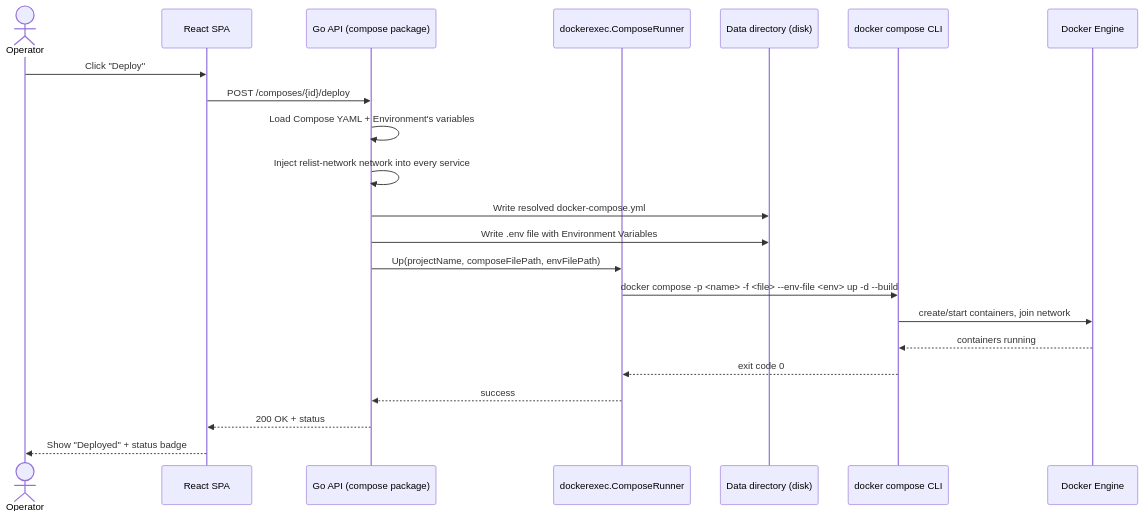
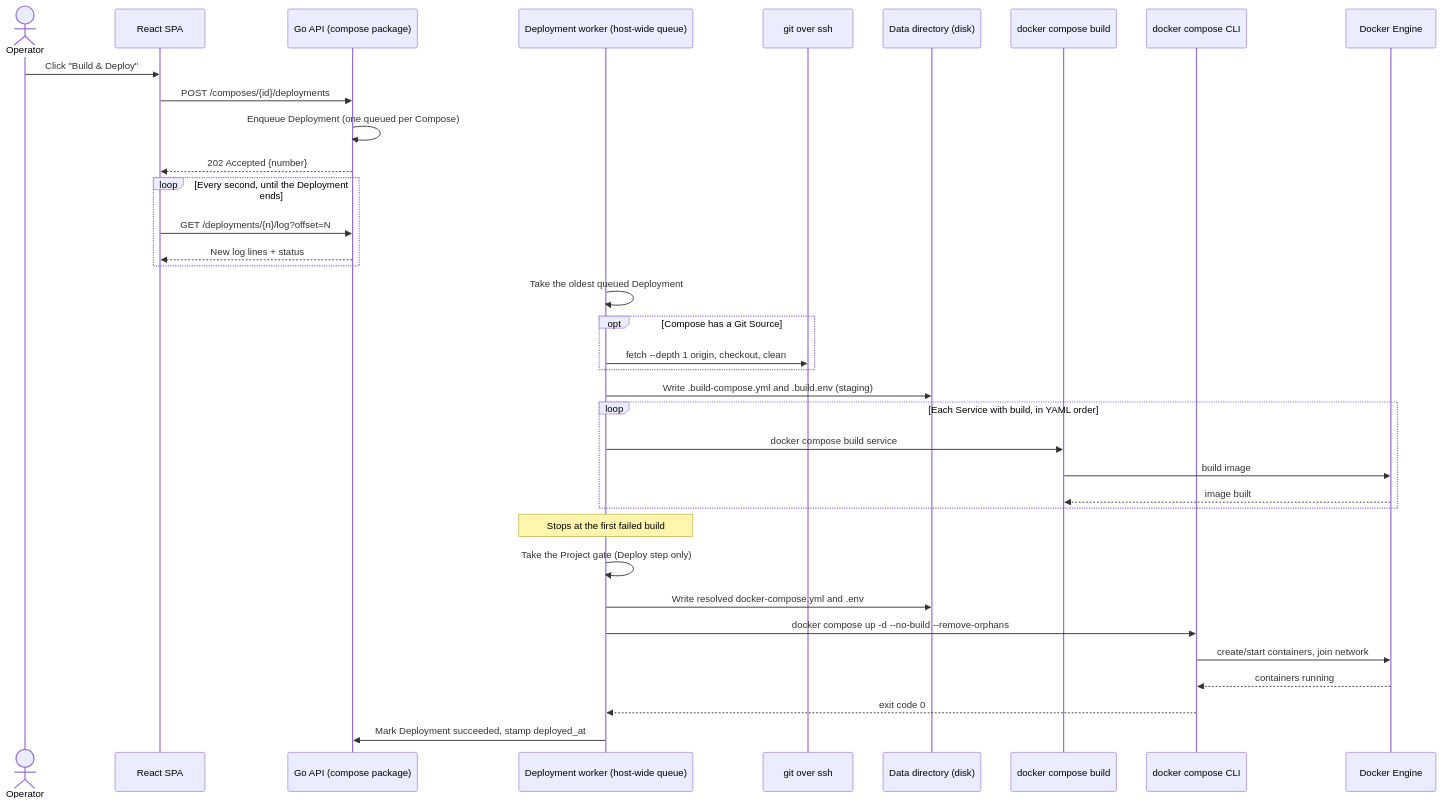
The sixth of 6 diagrams in docs/sa.md (relist/relist-panel), drawn with Mermaid before and after one commit. The commit also changed other lines of this file and 1 other file, not shown here.

Commit message:
docs: document sources and the deployment queue

````diff
--- a/docs/sa.md
+++ b/docs/sa.md
@@ -184,25 +186,39 @@
 ```mermaid
 sequenceDiagram
     actor Op as Operator
     participant UI as React SPA
     participant API as Go API (compose package)
-    participant Runner as dockerexec.ComposeRunner
+    participant Worker as Deployment worker (host-wide queue)
+    participant Git as git over ssh
     participant FS as Data directory (disk)
+    participant Build as docker compose build
     participant CLI as docker compose CLI
     participant DE as Docker Engine
 
-    Op->>UI: Click "Deploy"
-    UI->>API: POST /composes/{id}/deploy
-    API->>API: Load Compose YAML + Environment's variables
-    API->>API: Inject relist-network network into every service
-    API->>FS: Write resolved docker-compose.yml
-    API->>FS: Write .env file with Environment Variables
-    API->>Runner: Up(projectName, composeFilePath, envFilePath)
-    Runner->>CLI: docker compose -p <name> -f <file> --env-file <env> up -d --build
+    Op->>UI: Click "Build & Deploy"
+    UI->>API: POST /composes/{id}/deployments
+    API->>API: Enqueue Deployment (one queued per Compose)
+    API-->>UI: 202 Accepted {number}
+    loop Every second, until the Deployment ends
+        UI->>API: GET /deployments/{n}/log?offset=N
+        API-->>UI: New log lines + status
+    end
+    Worker->>Worker: Take the oldest queued Deployment
+    opt Compose has a Git Source
+        Worker->>Git: fetch --depth 1 origin, checkout, clean
+    end
+    Worker->>FS: Write .build-compose.yml and .build.env (staging)
+    loop Each Service with build, in YAML order
+        Worker->>Build: docker compose build service
+        Build->>DE: build image
+        DE-->>Build: image built
+    end
+    Note over Worker: Stops at the first failed build
+    Worker->>Worker: Take the Project gate (Deploy step only)
+    Worker->>FS: Write resolved docker-compose.yml and .env
+    Worker->>CLI: docker compose up -d --no-build --remove-orphans
     CLI->>DE: create/start containers, join network
     DE-->>CLI: containers running
-    CLI-->>Runner: exit code 0
-    Runner-->>API: success
-    API-->>UI: 200 OK + status
-    UI-->>Op: Show "Deployed" + status badge
+    CLI-->>Worker: exit code 0
+    Worker->>API: Mark Deployment succeeded, stamp deployed_at
 ```
````
